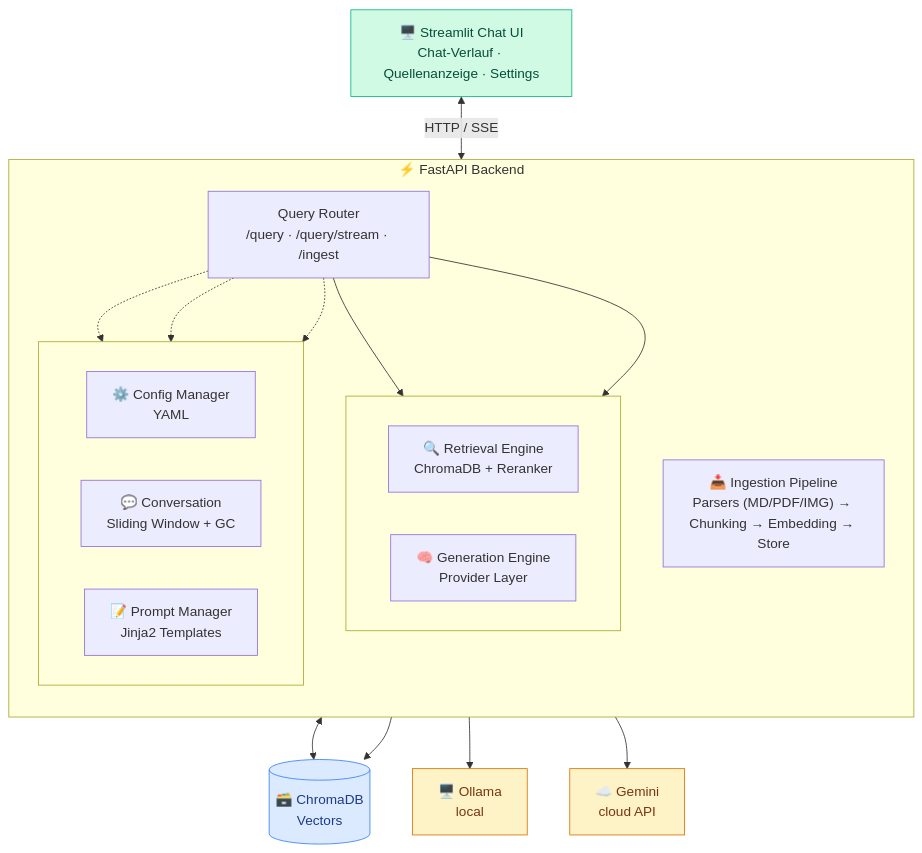
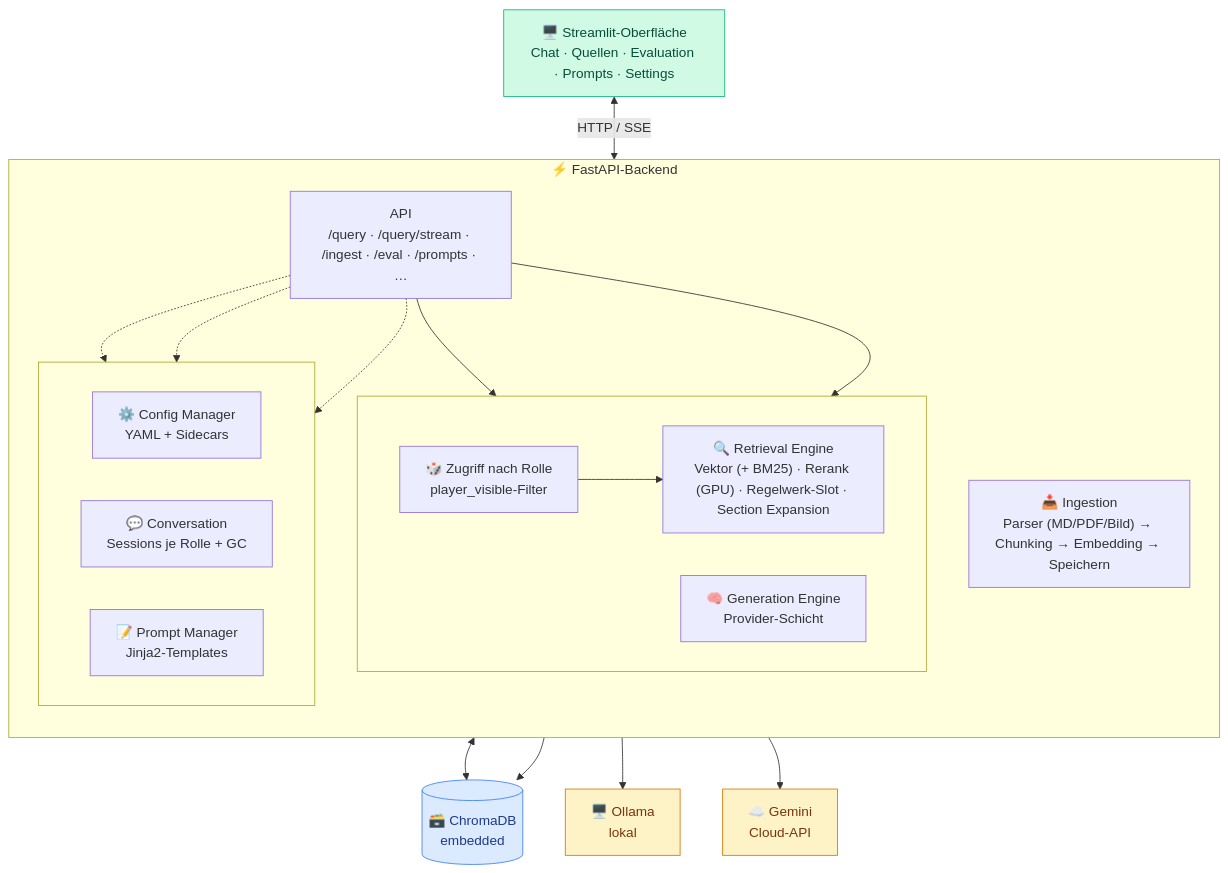
The first of 2 diagrams in ARCHITECTURE.md (FabianHentrich/lorekeeper), drawn with Mermaid before and after one commit. The commit also changed other lines of this file and 15 other files, not shown here.

````diff
--- a/ARCHITECTURE.md
+++ b/ARCHITECTURE.md
@@ -73,47 +76,48 @@
 ```mermaid
 flowchart TB
-    UI["🖥️ Streamlit Chat UI<br/>Chat-Verlauf · Quellenanzeige · Settings"]
+    UI["🖥️ Streamlit-Oberfläche<br/>Chat · Quellen · Evaluation · Prompts · Settings"]
 
-    subgraph BACKEND["⚡ FastAPI Backend"]
+    subgraph BACKEND["⚡ FastAPI-Backend"]
         direction TB
-        ROUTER["Query Router<br/>/query · /query/stream · /ingest"]
+        ROUTER["API<br/>/query · /query/stream · /ingest · /eval · /prompts · …"]
 
         subgraph CORE[" "]
             direction LR
-            RETRIEVE["🔍 Retrieval Engine<br/>ChromaDB + Reranker"]
-            GEN["🧠 Generation Engine<br/>Provider Layer"]
+            ACCESS["🎲 Zugriff nach Rolle<br/>player_visible-Filter"]
+            RETRIEVE["🔍 Retrieval Engine<br/>Vektor (+ BM25) · Rerank (GPU) · Regelwerk-Slot · Section Expansion"]
+            GEN["🧠 Generation Engine<br/>Provider-Schicht"]
         end
 
         subgraph SUPPORT[" "]
             direction LR
-            CFG["⚙️ Config Manager<br/>YAML"]
-            CONV["💬 Conversation<br/>Sliding Window + GC"]
-            PROMPT["📝 Prompt Manager<br/>Jinja2 Templates"]
+            CFG["⚙️ Config Manager<br/>YAML + Sidecars"]
+            CONV["💬 Conversation<br/>Sessions je Rolle + GC"]
+            PROMPT["📝 Prompt Manager<br/>Jinja2-Templates"]
         end
 
-        INGEST["📥 Ingestion Pipeline<br/>Parsers (MD/PDF/IMG) → Chunking → Embedding → Store"]
+        INGEST["📥 Ingestion<br/>Parser (MD/PDF/Bild) → Chunking → Embedding → Speichern"]
 
-        ROUTER --> RETRIEVE
+        ROUTER --> ACCESS --> RETRIEVE
         ROUTER --> GEN
         ROUTER -.-> CFG
         ROUTER -.-> CONV
         ROUTER -.-> PROMPT
     end
 
-    CHROMA[("🗃️ ChromaDB<br/>Vectors")]
-    OLLAMA["🖥️ Ollama<br/>local"]
-    GEMINI["☁️ Gemini<br/>cloud API"]
+    CHROMA[("🗃️ ChromaDB<br/>embedded")]
+    OLLAMA["🖥️ Ollama<br/>lokal"]
+    GEMINI["☁️ Gemini<br/>Cloud-API"]
 
     UI <-->|HTTP / SSE| ROUTER
     RETRIEVE <--> CHROMA
     INGEST --> CHROMA
     GEN --> OLLAMA
     GEN --> GEMINI
 
     classDef store fill:#dbeafe,stroke:#3b82f6,color:#1e3a8a
     classDef llm fill:#fef3c7,stroke:#d97706,color:#78350f
     classDef ui fill:#d1fae5,stroke:#10b981,color:#064e3b
     class CHROMA store
     class OLLAMA,GEMINI llm
     class UI ui
 ```
````
